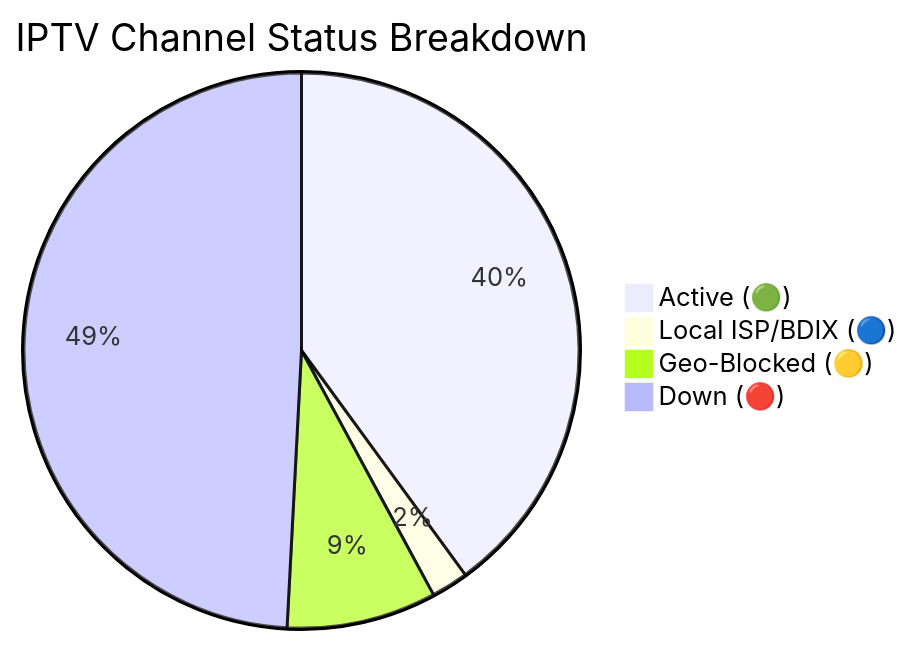
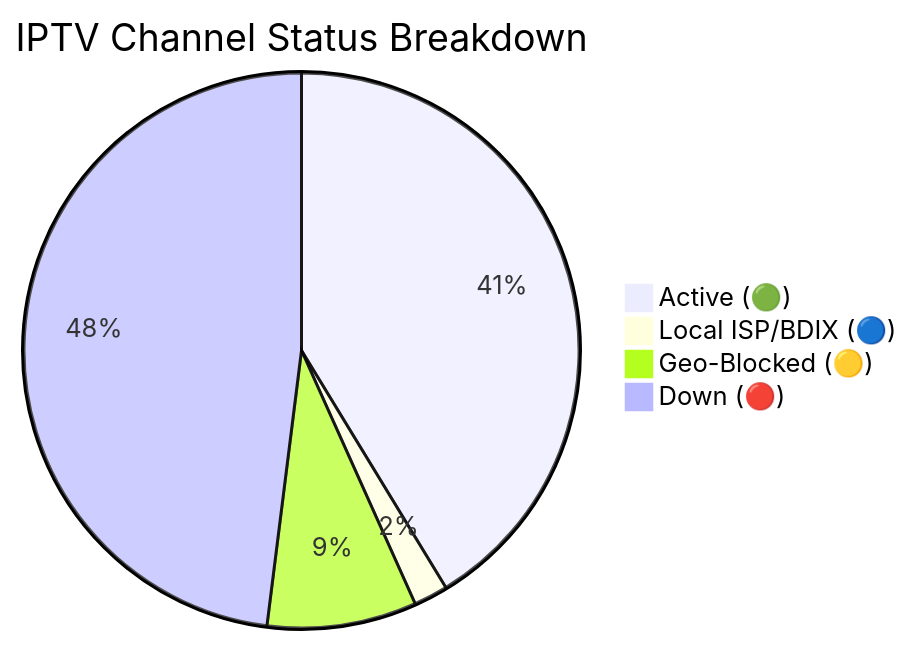
The diagram in README.md (andreataylord/Ip-tv-Collection), drawn with Mermaid before and after one commit. The commit also changed other lines of this file and 3 other files, not shown here.

````diff
--- a/README.md
+++ b/README.md
@@ -59,7 +59,7 @@
 ```mermaid
 pie title IPTV Channel Status Breakdown
-    "Active (🟢)" : 2894
-    "Local ISP/BDIX (🔵)" : 156
-    "Geo-Blocked (🟡)" : 631
-    "Down (🔴)" : 3561
+    "Active (🟢)" : 3216
+    "Local ISP/BDIX (🔵)" : 155
+    "Geo-Blocked (🟡)" : 678
+    "Down (🔴)" : 3739
 ```
````
